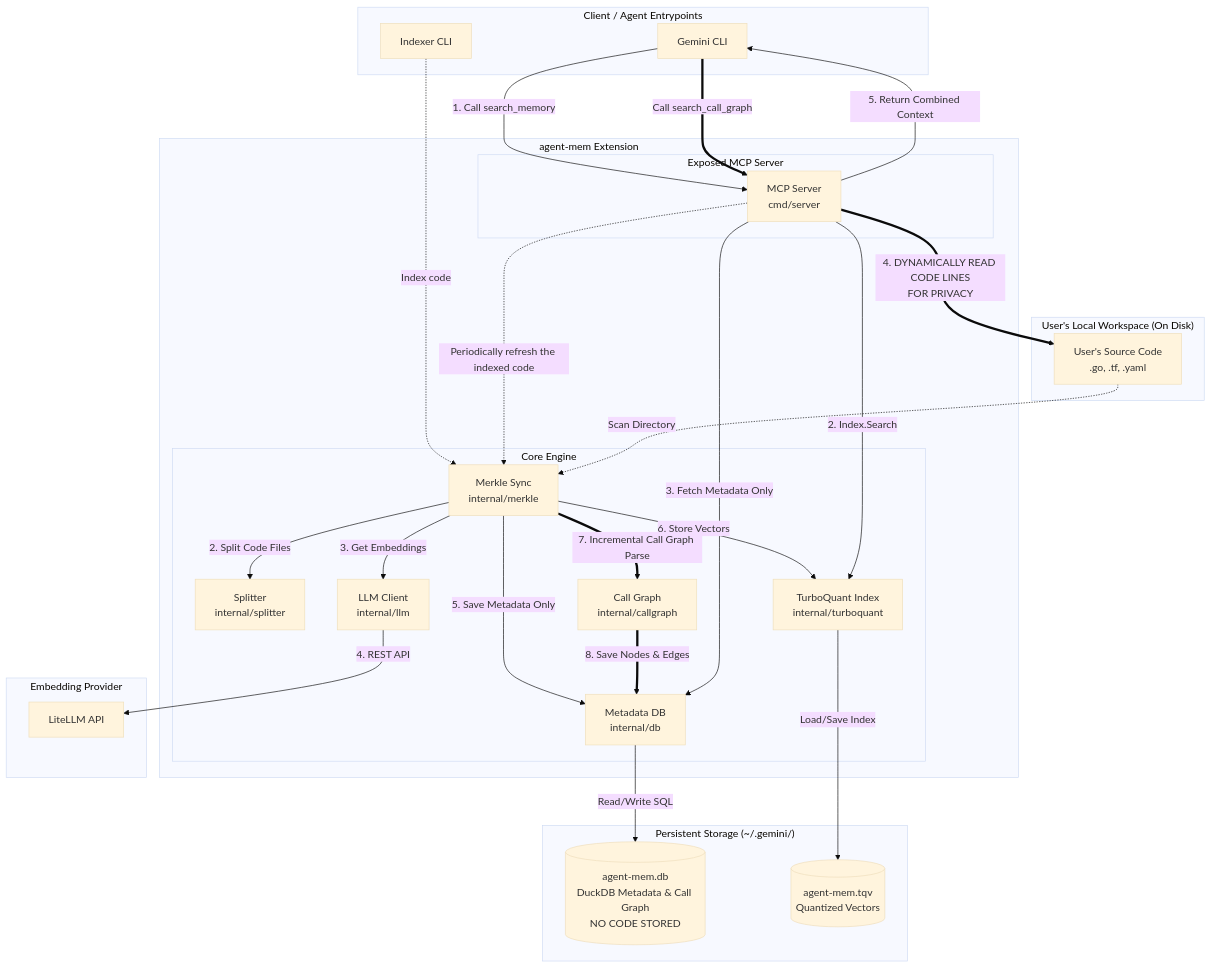
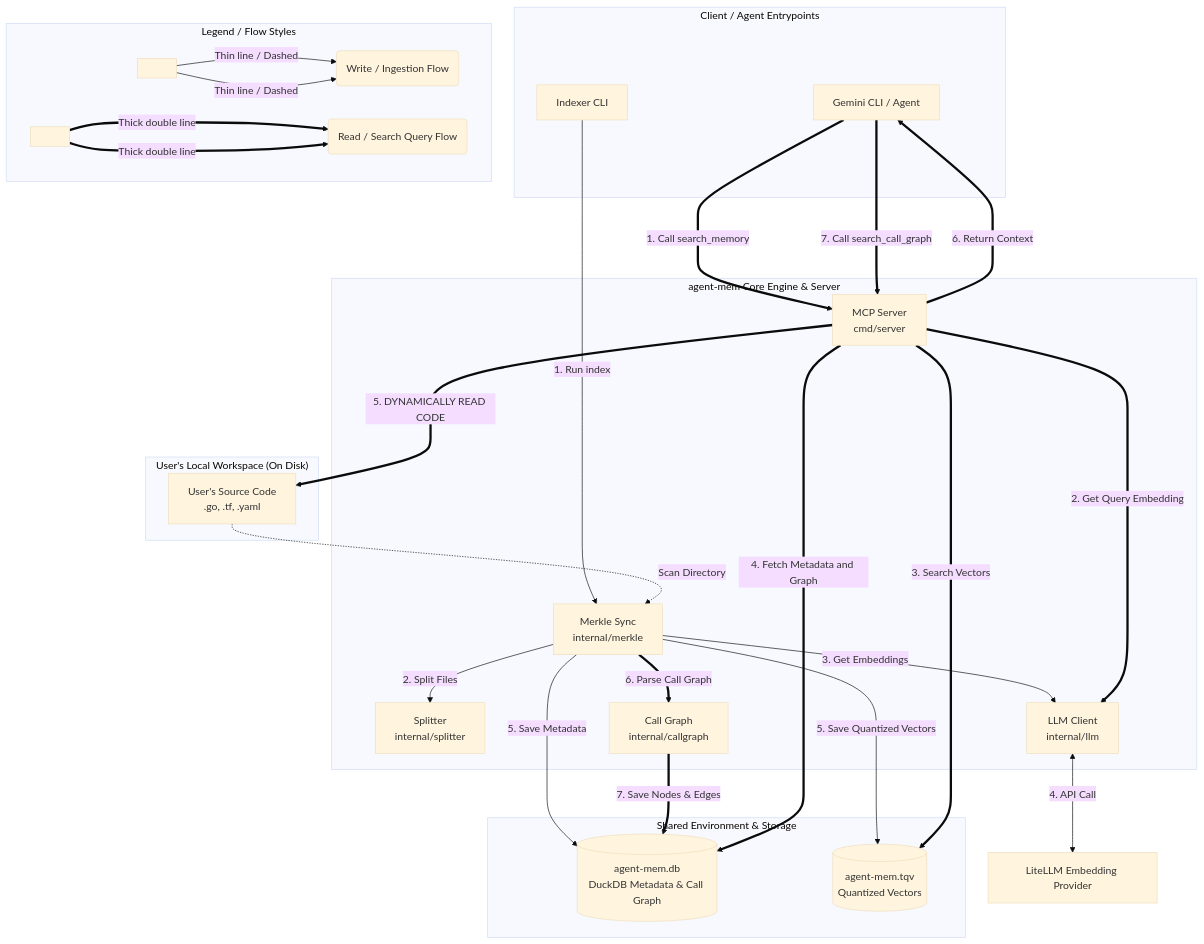
One commit to datnguyenzzz/semantic-grep changed the diagram in README.md. Above: the diagram before and after it, drawn with Mermaid (base theme).

````diff
--- a/README.md
+++ b/README.md
@@ -66,65 +66,74 @@
 ```mermaid
-graph TD
-    %% Entrypoints
+flowchart TD
+    %% Entrypoints & Client
     subgraph Client ["Client / Agent Entrypoints"]
-        cli[Gemini CLI]
+        cli[Gemini CLI / Agent]
         idx_cli[Indexer CLI]
+    end
+
+    %% Core Components
+    subgraph Core ["agent-mem Core Engine & Server"]
+        merkle[Merkle Sync<br/>internal/merkle]
+        splitter[Splitter<br/>internal/splitter]
+        llm[LLM Client<br/>internal/llm]
+        callgraph[Call Graph<br/>internal/callgraph]
+        mcp_srv[MCP Server<br/>cmd/server]
+    end
+
+    %% Shared Environment & Databases
+    subgraph Storage ["Shared Environment & Storage"]
+        duckdb_file[(agent-mem.db<br/>DuckDB Metadata & Call Graph)]
+        tqv_file[(agent-mem.tqv<br/>Quantized Vectors)]
     end
 
     %% User's Environment
     subgraph Workspace ["User's Local Workspace (On Disk)"]
         code_files[User's Source Code<br/>.go, .tf, .yaml]
     end
 
-    %% Extension
-    subgraph Extension ["agent-mem Extension"]
-        subgraph MCP ["Exposed MCP Server"]
-            mcp_srv[MCP Server<br/>cmd/server]
-        end
+    %% External Provider
+    litellm[LiteLLM Embedding Provider]
 
-        subgraph Core ["Core Engine"]
-            merkle[Merkle Sync<br/>internal/merkle]
-            splitter[Splitter<br/>internal/splitter]
-            llm[LLM Client<br/>internal/llm]
-            db[Metadata DB<br/>internal/db]
-            tq[TurboQuant Index<br/>internal/turboquant]
-            callgraph[Call Graph<br/>internal/callgraph]
-        end
+    %% ──────────────────────────────────────────────────────────
+    %% WRITE PATH: Indexing & Ingestion (Thin lines / Dashes)
+    %% ──────────────────────────────────────────────────────────
+    idx_cli -->|1. Run index| merkle
+    code_files -.->|Scan Directory| merkle
+    merkle -->|2. Split Files| splitter
+    merkle -->|3. Get Embeddings| llm
+    llm <-->|4. API Call| litellm
+    merkle -->|5. Save Metadata| duckdb_file
+    merkle -->|5. Save Quantized Vectors| tqv_file
+    merkle ==>|6. Parse Call Graph| callgraph
+    callgraph ==>|7. Save Nodes & Edges| duckdb_file
+
+    %% ──────────────────────────────────────────────────────────
+    %% READ PATH: MCP Search & Retrieval (Thick Double Lines)
+    %% ──────────────────────────────────────────────────────────
+    cli ===>|1. Call search_memory| mcp_srv
+    mcp_srv ===>|2. Get Query Embedding| llm
+    mcp_srv ===>|3. Search Vectors| tqv_file
+    mcp_srv ===>|4. Fetch Metadata and Graph| duckdb_file
+    mcp_srv ===>|5. DYNAMICALLY READ CODE| code_files
+    mcp_srv ===>|6. Return Context| cli
+    
+    cli ===>|7. Call search_call_graph| mcp_srv
+
+     %% ──────────────────────────────────────────────────────────
+    %% FLOW LEGEND (Self-Explanatory Arrow Styles)
+    %% ──────────────────────────────────────────────────────────
+    subgraph Legend ["Legend / Flow Styles"]
+        direction LR
+        style_w[ ] -->|Thin line / Dashed| desc_w(Write / Ingestion Flow)
+        style_r[ ] ===>|Thick double line| desc_r(Read / Search Query Flow)
     end
 
-    %% Providers
-    subgraph Provider ["Embedding Provider"]
-        litellm[LiteLLM API]
+    %% ──────────────────────────────────────────────────────────
+    %% FLOW LEGEND (Self-Explanatory Arrow Styles)
+    %% ──────────────────────────────────────────────────────────
+    subgraph Legend ["Legend / Flow Styles"]
+        direction LR
+        style_w[ ] -->|Thin line / Dashed| desc_w(Write / Ingestion Flow)
+        style_r[ ] ===>|Thick double line| desc_r(Read / Search Query Flow)
     end
-
-    %% Storage
-    subgraph Storage ["Persistent Storage (~/.gemini/)"]
-        duckdb_file[(agent-mem.db<br/>DuckDB Metadata & Call Graph<br/>NO CODE STORED)]
-        tqv_file[(agent-mem.tqv<br/>Quantized Vectors)]
-    end
-
-    %% Indexing Flow
-    idx_cli -.->|Index code| merkle
-    mcp_srv -.->|Periodically refresh the indexed code| merkle
-
-    code_files -.->|Scan Directory| merkle
-    merkle -->|2. Split Code Files| splitter
-    merkle -->|3. Get Embeddings| llm
-    llm -->|4. REST API| litellm
-    merkle -->|5. Save Metadata Only| db
-    merkle -->|6. Store Vectors| tq
-    merkle ==>|7. Incremental Call Graph Parse| callgraph
-    callgraph ==>|8. Save Nodes & Edges| db
-
-    %% MCP Query Flow
-    cli -->|1. Call search_memory| mcp_srv
-    mcp_srv -->|2. Index.Search| tq
-    mcp_srv -->|3. Fetch Metadata Only| db
-    mcp_srv ==>|4. DYNAMICALLY READ CODE LINES<br/>FOR PRIVACY| code_files
-    mcp_srv -->|5. Return Combined Context| cli
-    cli ==>|Call search_call_graph| mcp_srv
-
-    %% Persistence
-    db -->|Read/Write SQL| duckdb_file
-    tq -->|Load/Save Index| tqv_file
 ```
````
